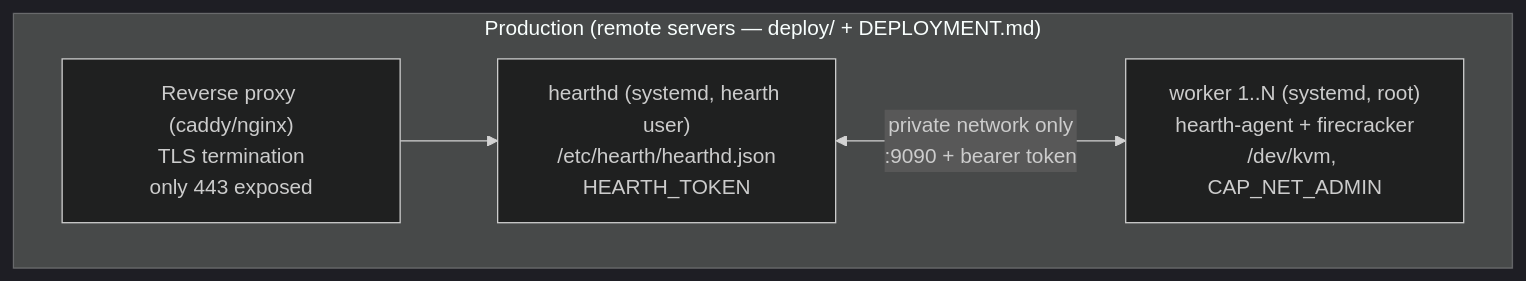
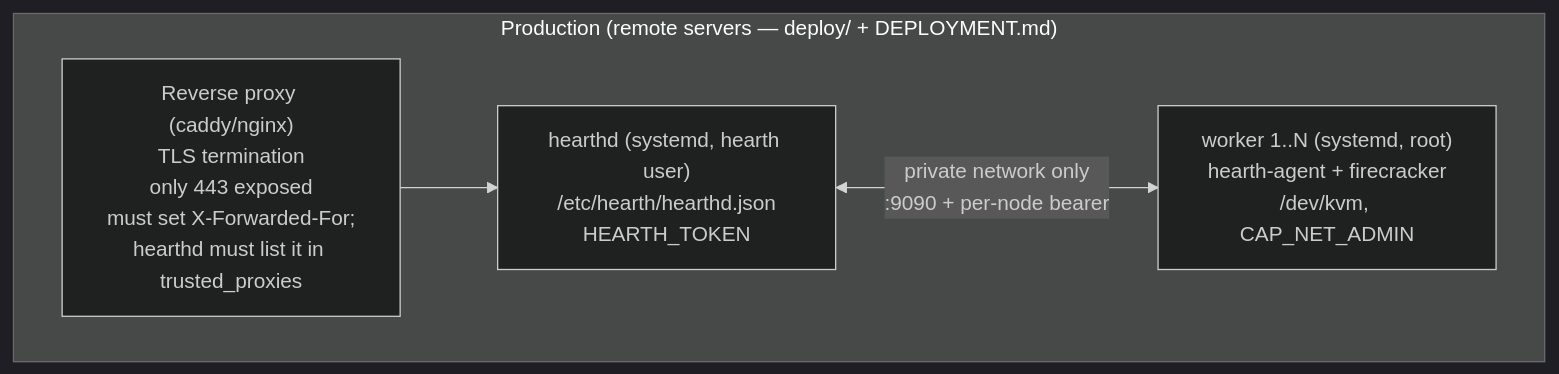
Before and after one commit to Sodoko-dev/felucca: the second of 11 diagrams in docs/ARCHITECTURE.md, drawn with Mermaid (dark theme). The commit also changed other lines of this file and 109 other files, not shown here.

````diff
--- a/docs/ARCHITECTURE.md
+++ b/docs/ARCHITECTURE.md
@@ -105,11 +137,11 @@
 ```mermaid
 flowchart LR
     subgraph prod["Production (remote servers — deploy/ + DEPLOYMENT.md)"]
         direction LR
-        PROXY["Reverse proxy (caddy/nginx)<br/>TLS termination<br/>only 443 exposed"]
+        PROXY["Reverse proxy (caddy/nginx)<br/>TLS termination<br/>only 443 exposed<br/>must set X-Forwarded-For;<br/>hearthd must list it in trusted_proxies"]
         HDP["hearthd (systemd, hearth user)<br/>/etc/hearth/hearthd.json<br/>HEARTH_TOKEN"]
         W1["worker 1..N (systemd, root)<br/>hearth-agent + firecracker<br/>/dev/kvm, CAP_NET_ADMIN"]
         PROXY --> HDP
-        HDP <-->|"private network only<br/>:9090 + bearer token"| W1
+        HDP <-->|"private network only<br/>:9090 + per-node bearer"| W1
     end
 ```
````
